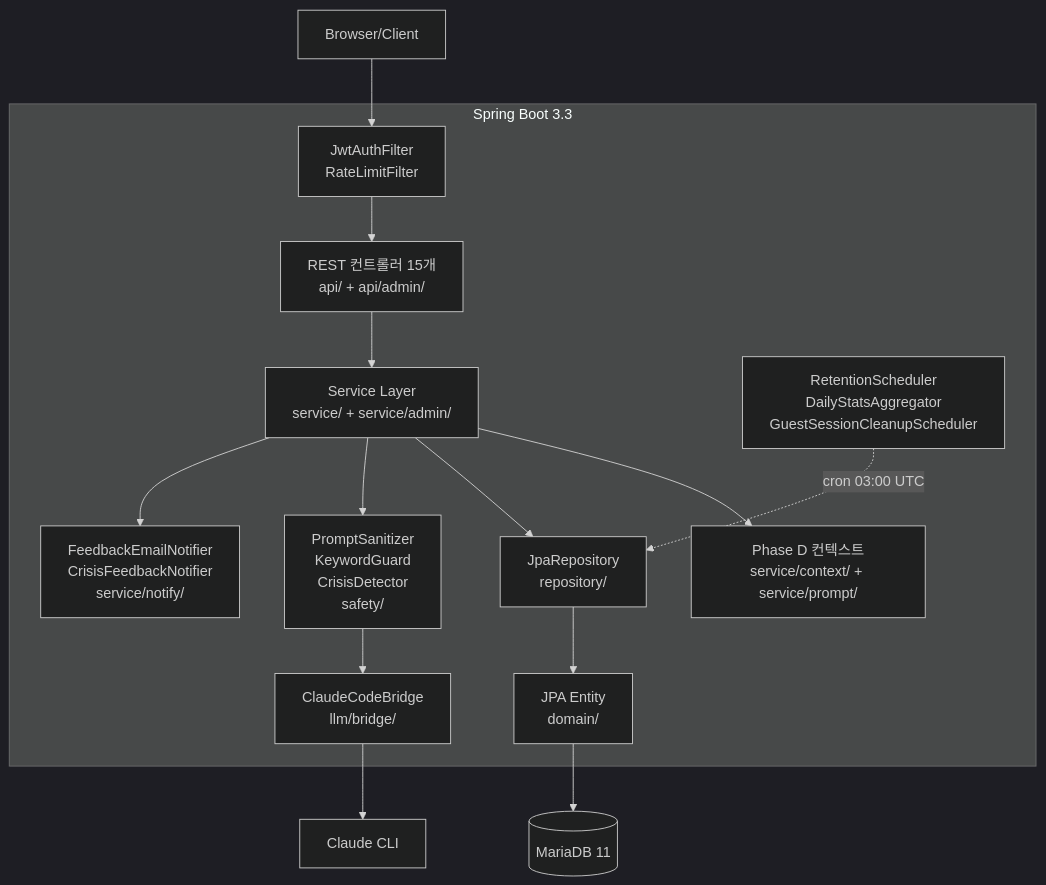
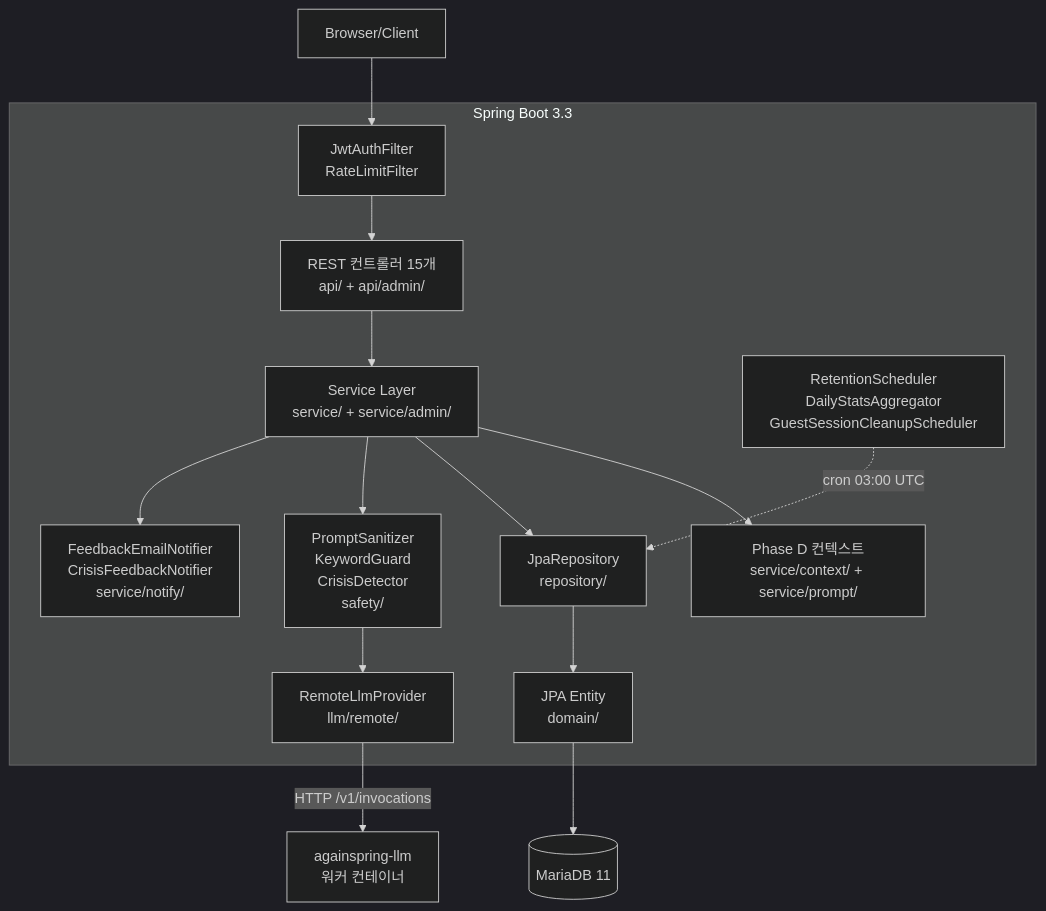
The first of 3 diagrams in backend/docs/architecture.md (Justant-source/Again-Spring), drawn with Mermaid (dark theme) before and after one commit. The commit also changed other lines of this file and 7 other files, not shown here.

````diff
--- a/backend/docs/architecture.md
+++ b/backend/docs/architecture.md
@@ -23,25 +23,25 @@
 ```mermaid
 flowchart TB
     Client[Browser/Client]
     subgraph SpringBoot["Spring Boot 3.3"]
         Filter[JwtAuthFilter\nRateLimitFilter]
         Controller[REST 컨트롤러 15개\napi/ + api/admin/]
         Service[Service Layer\nservice/ + service/admin/]
         Context[Phase D 컨텍스트\nservice/context/ + service/prompt/]
         Domain[JPA Entity\ndomain/]
         Repo[JpaRepository\nrepository/]
-        Bridge[ClaudeCodeBridge\nllm/bridge/]
+        Bridge[RemoteLlmProvider\nllm/remote/]
         Safety[PromptSanitizer\nKeywordGuard\nCrisisDetector\nsafety/]
         Sched[RetentionScheduler\nDailyStatsAggregator\nGuestSessionCleanupScheduler]
         Notify[FeedbackEmailNotifier\nCrisisFeedbackNotifier\nservice/notify/]
     end
     DB[(MariaDB 11)]
-    Claude[Claude CLI]
+    LLMWorker[againspring-llm\n워커 컨테이너]
 
     Client --> Filter --> Controller --> Service
     Service --> Context
     Service --> Repo --> Domain --> DB
-    Service --> Safety --> Bridge --> Claude
+    Service --> Safety --> Bridge -->|HTTP /v1/invocations| LLMWorker
     Service --> Notify
     Sched -.->|cron 03:00 UTC| Repo
 ```
````
